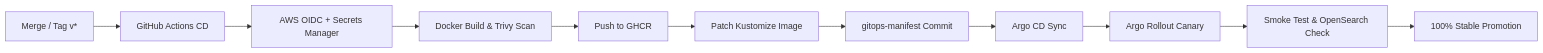
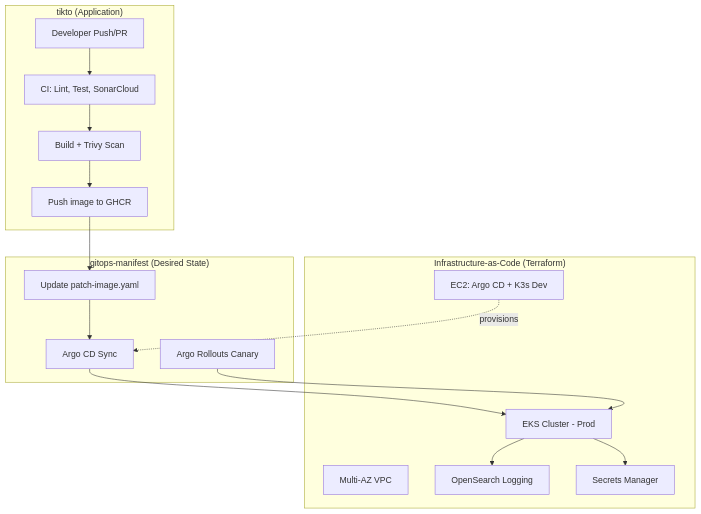
One commit to flavoriy/.github changed the diagram in profile/README.md. Above: the diagram before and after it, drawn with Mermaid. The commit also changed other lines of this file, not shown here.

````diff
--- a/profile/README.md
+++ b/profile/README.md
@@ -79,13 +20,31 @@
 ```mermaid
-flowchart LR
-    Merge[Merge / Tag v*] --> CD[GitHub Actions CD]
-    CD --> Secrets[AWS OIDC + Secrets Manager]
-    Secrets --> Build[Docker Build & Trivy Scan]
-    Build --> GHCR[Push to GHCR]
-    GHCR --> Patch[Patch Kustomize Image]
-    Patch --> GitOps[gitops-manifest Commit]
-    GitOps --> Argo[Argo CD Sync]
-    Argo --> Rollout[Argo Rollout Canary]
-    Rollout --> Test[Smoke Test & OpenSearch Check]
-    Test --> Promote[100% Stable Promotion]
+flowchart TB
+    subgraph Infra["Infrastructure-as-Code (Terraform)"]
+        VPC[Multi-AZ VPC]
+        EKS[EKS Cluster - Prod]
+        EC2[EC2: Argo CD + K3s Dev]
+        OS[OpenSearch Logging]
+        SM[Secrets Manager]
+    end
+
+    subgraph App["tikto (Application)"]
+        Dev[Developer Push/PR]
+        CI[CI: Lint, Test, SonarCloud]
+        Build[Build + Trivy Scan]
+        GHCR[Push image to GHCR]
+    end
+
+    subgraph GitOps["gitops-manifest (Desired State)"]
+        Patch[Update patch-image.yaml]
+        Argo[Argo CD Sync]
+        Rollout[Argo Rollouts Canary]
+    end
+
+    Dev --> CI --> Build --> GHCR
+    GHCR --> Patch --> Argo
+    Argo --> EKS
+    Rollout --> EKS
+    EKS --> OS
+    EKS --> SM
+    EC2 -.provisions.-> Argo
 ```
````
